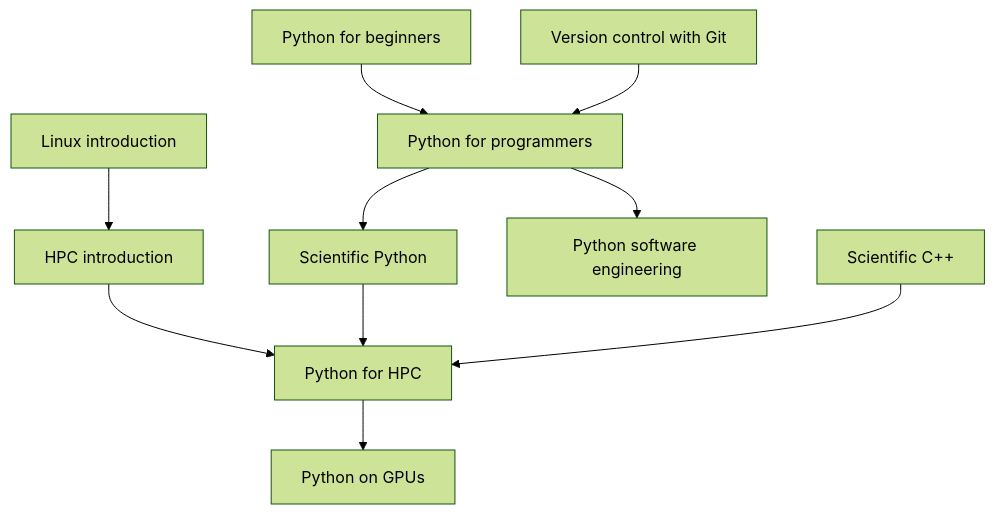
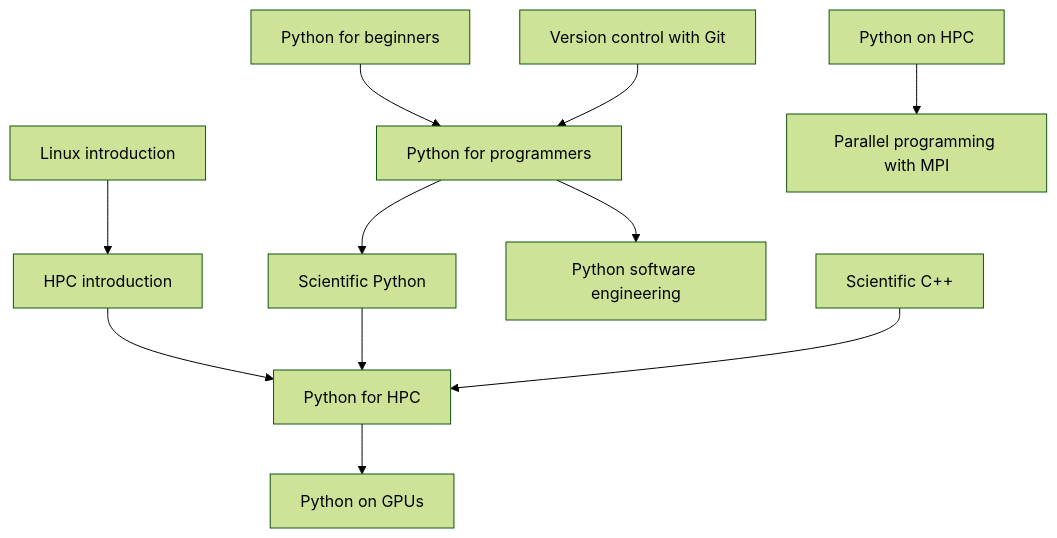
Before and after one commit to gjbex/Training-sessions: the diagram in docs/learning_path_developing_python_hpc_applications.md, drawn with Mermaid (forest theme).

Commit message:
Add MPI to learning path

````diff
--- a/docs/learning_path_developing_python_hpc_applications.md
+++ b/docs/learning_path_developing_python_hpc_applications.md
@@ -7,22 +7,24 @@
 ```mermaid
 graph TD
   Python_for_beginners[Python for beginners] --> Python_for_programmers[Python for programmers]
   Version_control_with_git[Version control with Git] --> Python_for_programmers
   Linux_intro[Linux introduction] --> HPC_intro[HPC introduction]
   Python_for_programmers --> Scientific_Python[Scientific Python]
   HPC_intro --> Python_for_HPC[Python for HPC]
   Python_for_programmers --> Python_software_engineering[Python software engineering]
   Scientific_Python --> Python_for_HPC[Python for HPC]
   Scientific_Cpp[Scientific C++] --> Python_for_HPC
   Python_for_HPC --> Python_on_GPUs[Python on GPUs]
+  Python_on_HPC[Python on HPC] --> Parallel_programming_with_MPI[Parallel programming with MPI]
   click Version_control_with_git "https://gjbex.github.io/Version-control-with-git" "Version control with Git"
   click Linux_intro "https://gjbex.github.io/Training-sessions/linux_intro" "Linux introduction"
   click HPC_intro "https://gjbex.github.io/Training-sessions/hpc_intro" "HPC introduction"
   click Python_for_beginners "https://gjbex.github.io/Python-for-beginners/" "Python for beginners"
   click Python_for_programmers "https://gjbex.github.io/Python-for-programmers/" "Python for programmers"
   click Python_software_engineering "https://gjbex.github.io/Python-software-engineering/" "Python software engineering"
   click Scientific_Python "https://gjbex.github.io/Scientific-Python/" "Scientific Python"
   click Python_for_HPC "https://gjbex.github.io/Python-for-HPC/" "Python for HPC"
   click Scientific_Cpp "https://gjbex.github.io/Scientific-C-plus-plus/" "Scientific C++"
   click Python_on_GPUs "https://gjbex.github.io/Python-on-GPUs/" "Python on GPUs"
+  click Parallel_programming_with_MPI "https://gjbex.github.io/Training-sessions/parallel_programming_with_mpi" "Parallel programming with MPI"
 ```
````
